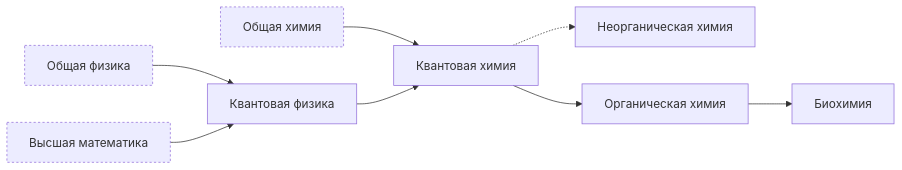
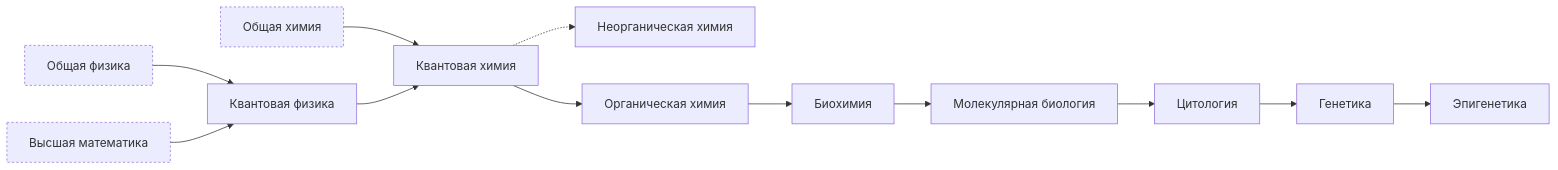
Before and after one commit to prozion/anti-aging-education: the diagram in learning-tracks.md, drawn with Mermaid.

````diff
--- a/learning-tracks.md
+++ b/learning-tracks.md
@@ -7,21 +7,25 @@
 ```mermaid
 flowchart LR;
     Mgen[Высшая математика]:::cond;
     Phgen[Общая физика]:::cond;
     Phq[Квантовая физика];
     Chgen[Общая химия]:::cond;
     Chnorg[Неорганическая химия];
     Chorg[Органическая химия];
     Chq[Квантовая химия];
     Bioch[Биохимия];
+    Molb[Молекулярная биология]
+    Cyt[Цитология]
+    Gen[Генетика]
+    Epi[Эпигенетика]
 
-    Chgen --> Chq --> Chorg --> Bioch;
+    Chgen --> Chq --> Chorg --> Bioch --> Molb --> Cyt --> Gen --> Epi;
     Chq -.-> Chnorg;
     Phgen --> Phq --> Chq;
     Mgen --> Phq;
 
     classDef cond stroke-dasharray:3;
 
     click Chorg "https://github.com/prozion/anti-aging-education/#органическая-химия" _blank
     click Chq "https://github.com/prozion/anti-aging-education/#квантовая-химия" _blank
 ```
````
